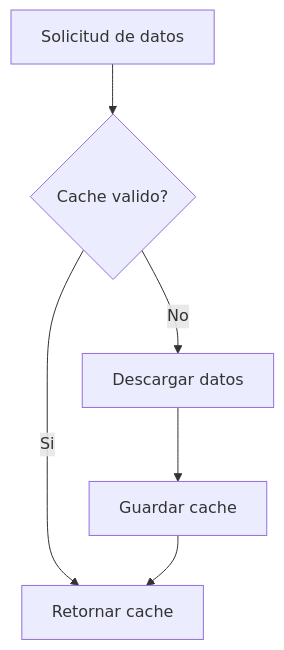
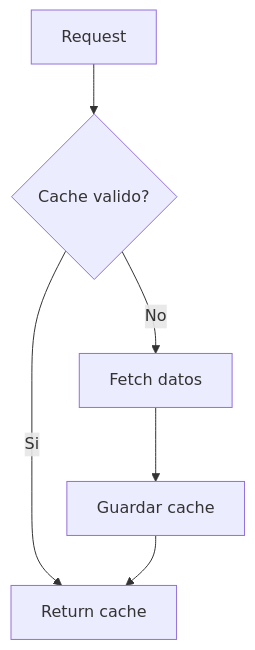
One commit to Romequinco/Sistema-De-Analisis-Financiero changed the diagram in src/data/raw/data.md. Above: the diagram before and after it, drawn with Mermaid. The commit also changed other lines of this file and 16 other files, not shown here.

````diff
--- a/src/data/raw/data.md
+++ b/src/data/raw/data.md
@@ -211,8 +20,8 @@
 ```mermaid
 flowchart TD
-    A[Solicitud de datos] --> B{Cache valido?}
-    B -- Si --> C[Retornar cache]
-    B -- No --> D[Descargar datos]
+    A[Request] --> B{Cache valido?}
+    B -- Si --> C[Return cache]
+    B -- No --> D[Fetch datos]
     D --> E[Guardar cache]
     E --> C
 ```
````
